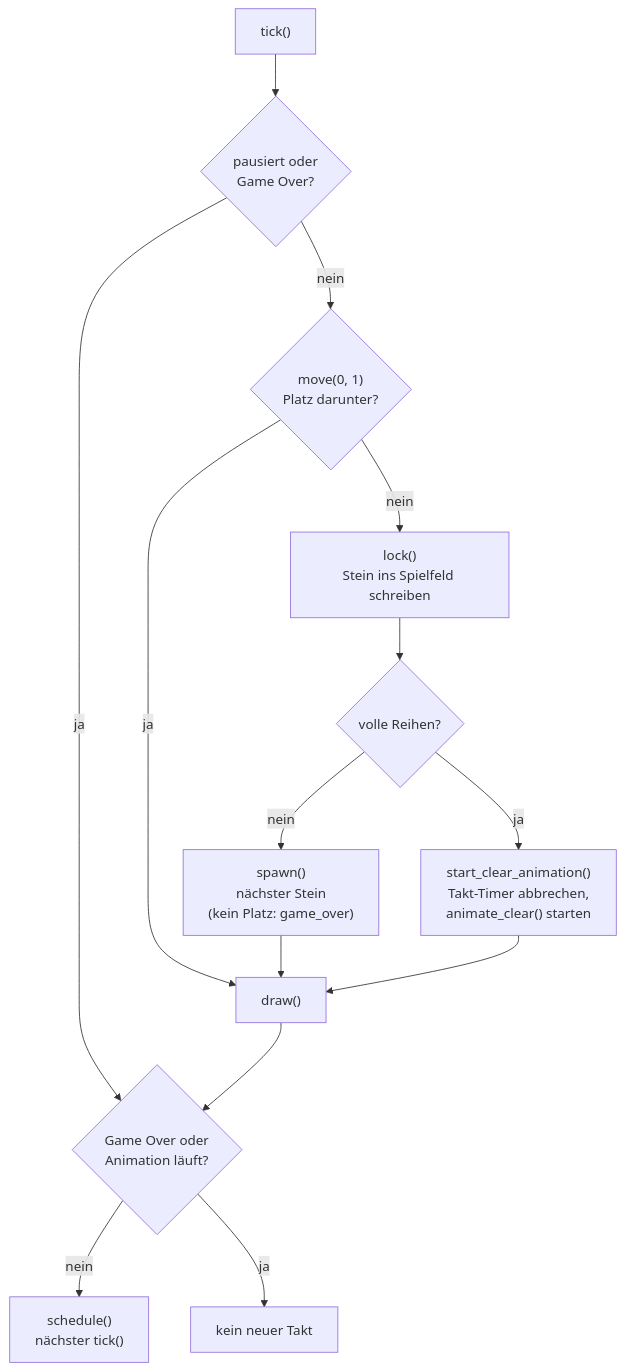
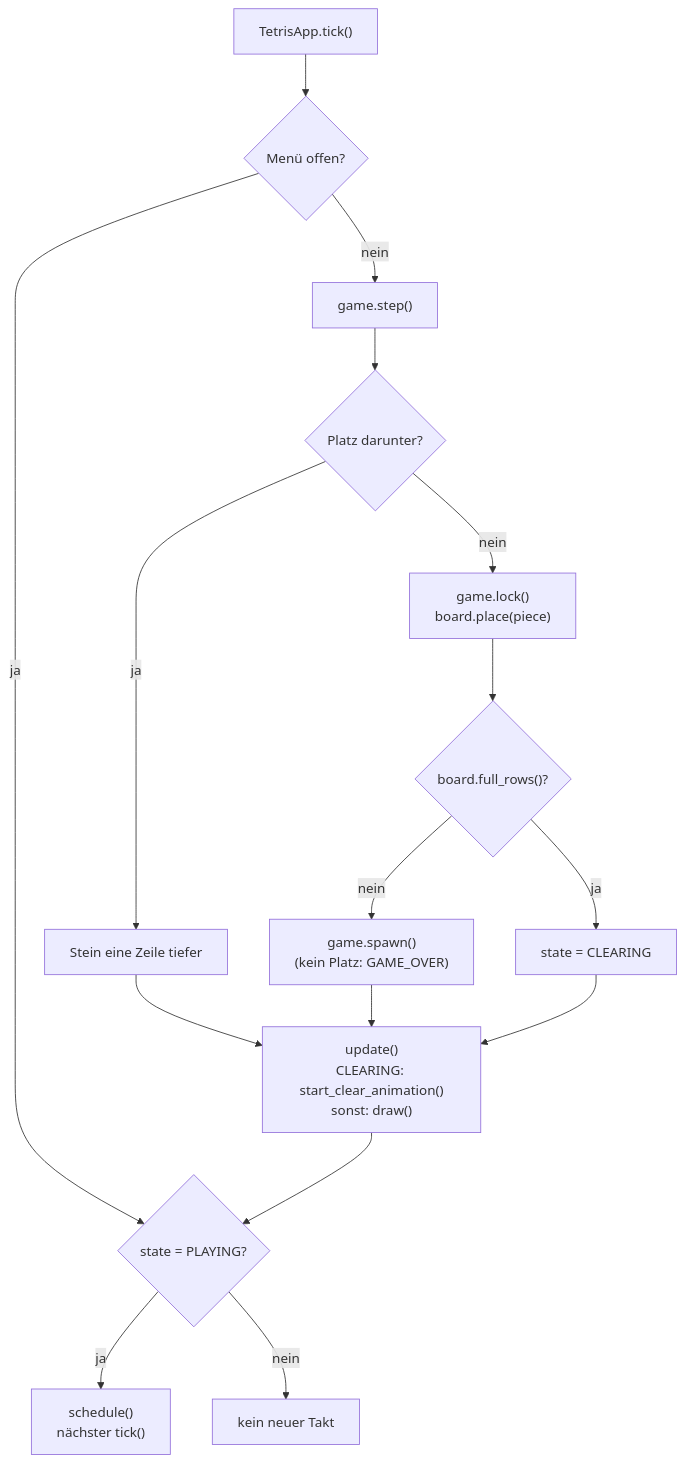
The fourth of 6 diagrams in docs/Diagramme.md (Krysek/Quickstart-mit-Claude), drawn with Mermaid before and after one commit. The commit also changed other lines of this file and 7 other files, not shown here.

````diff
--- a/docs/Diagramme.md
+++ b/docs/Diagramme.md
@@ -142,16 +201,18 @@
 ```mermaid
 flowchart TD
-    tick["tick()"] --> tickq{"pausiert oder<br/>Game Over?"}
-    tickq -->|ja| tnext
-    tickq -->|nein| down{"move(0, 1)<br/>Platz darunter?"}
-    down -->|ja| tdraw["draw()"]
-    down -->|nein| lock["lock()<br/>Stein ins Spielfeld schreiben"]
-    lock --> full{"volle Reihen?"}
-    full -->|nein| spawn["spawn()<br/>nächster Stein<br/>(kein Platz: game_over)"]
-    full -->|ja| sca["start_clear_animation()<br/>Takt-Timer abbrechen,<br/>animate_clear() starten"]
-    spawn --> tdraw
-    sca --> tdraw
-    tdraw --> tnext{"Game Over oder<br/>Animation läuft?"}
-    tnext -->|nein| sched["schedule()<br/>nächster tick()"]
-    tnext -->|ja| none["kein neuer Takt"]
+    tick["TetrisApp.tick()"] --> paused{"Menü offen?"}
+    paused -->|ja| tnext
+    paused -->|nein| step["game.step()"]
+    step --> down{"Platz darunter?"}
+    down -->|ja| moved["Stein eine Zeile tiefer"]
+    down -->|nein| lock["game.lock()<br/>board.place(piece)"]
+    lock --> full{"board.full_rows()?"}
+    full -->|nein| spawn["game.spawn()<br/>(kein Platz: GAME_OVER)"]
+    full -->|ja| clearing["state = CLEARING"]
+    moved --> upd
+    spawn --> upd
+    clearing --> upd["update()<br/>CLEARING: start_clear_animation()<br/>sonst: draw()"]
+    upd --> tnext{"state = PLAYING?"}
+    tnext -->|ja| sched["schedule()<br/>nächster tick()"]
+    tnext -->|nein| none["kein neuer Takt"]
 ```
````
